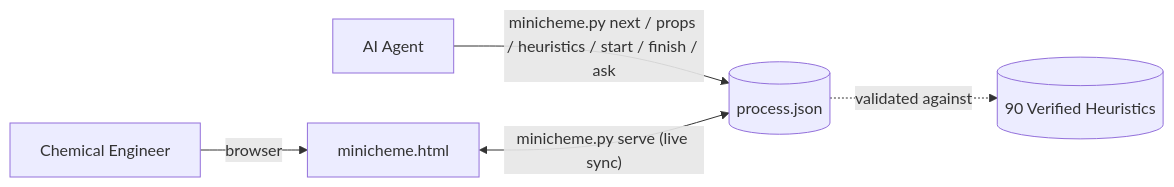
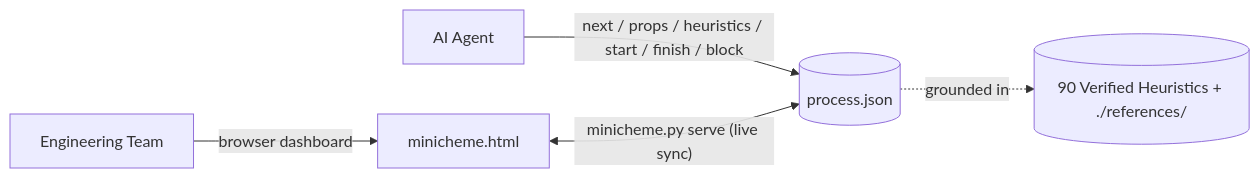
One commit to AaronValverdee/minicheme changed the diagram in README.md. Above: the diagram before and after it, drawn with Mermaid. The commit also changed other lines of this file and 9 other files, not shown here.

````diff
--- a/README.md
+++ b/README.md
@@ -16,7 +16,7 @@
 ```mermaid
 flowchart LR
-    agent["AI Agent"] -- "minicheme.py next / props / heuristics / start / finish / ask" --> json[("process.json")]
-    eng["Chemical Engineer"] -- "browser" --> ui["minicheme.html"]
+    agent["AI Agent"] -- "next / props / heuristics / start / finish / block" --> json[("process.json")]
+    eng["Engineering Team"] -- "browser dashboard" --> ui["minicheme.html"]
     ui <-- "minicheme.py serve (live sync)" --> json
-    json -. "validated against" .-> db[("90 Verified Heuristics")]
+    json -. "grounded in" .-> db[("90 Verified Heuristics + ./references/")]
 ```
````
